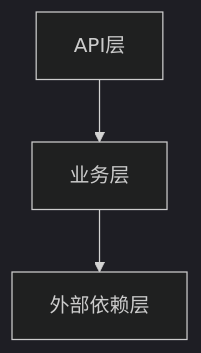
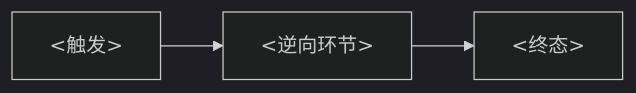
One commit to guanwenbo/pi-workflow changed the second of 9 diagrams in workflow/templates/03-design.md. Above: the diagram before and after it, drawn with Mermaid (dark theme). The commit also changed other lines of this file and 10 other files, not shown here.

````diff
--- a/workflow/templates/03-design.md
+++ b/workflow/templates/03-design.md
@@ -69,5 +40,4 @@
 ```mermaid
-flowchart TD
-    A[API层] --> B[业务层]
-    B --> C[外部依赖层]
+flowchart LR
+  A[<触发>] --> B[<逆向环节>] --> C[<终态>]
 ```
````
